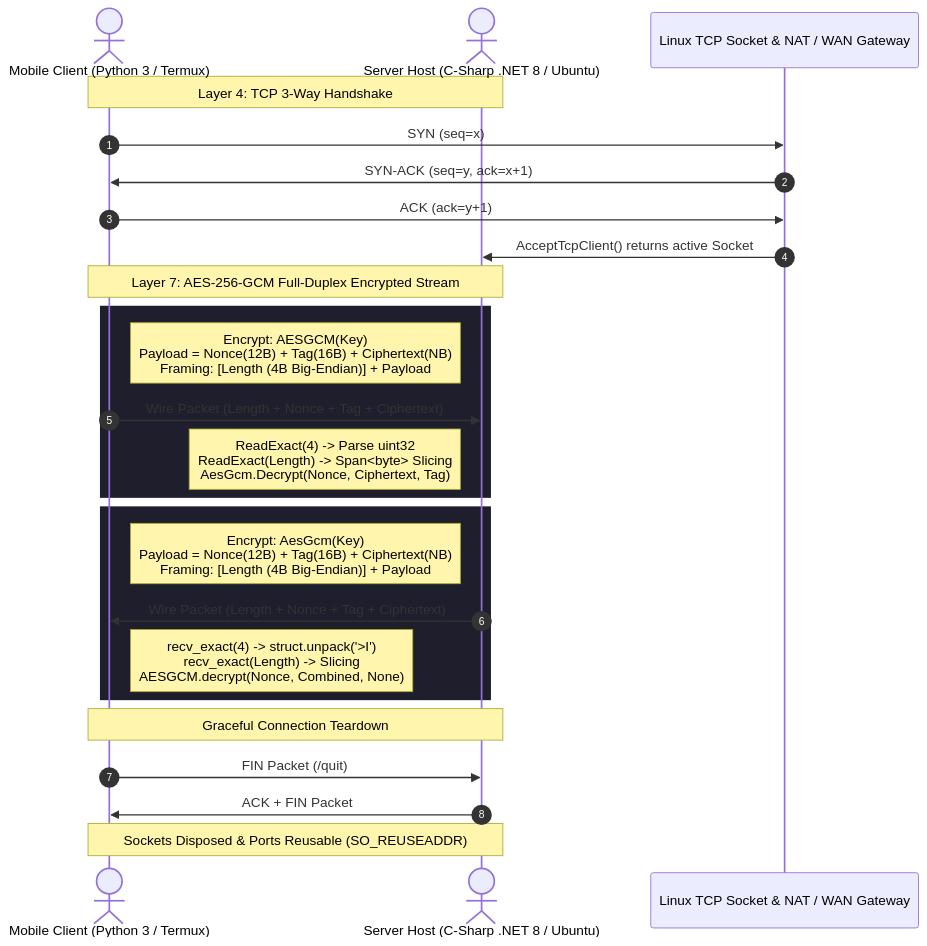
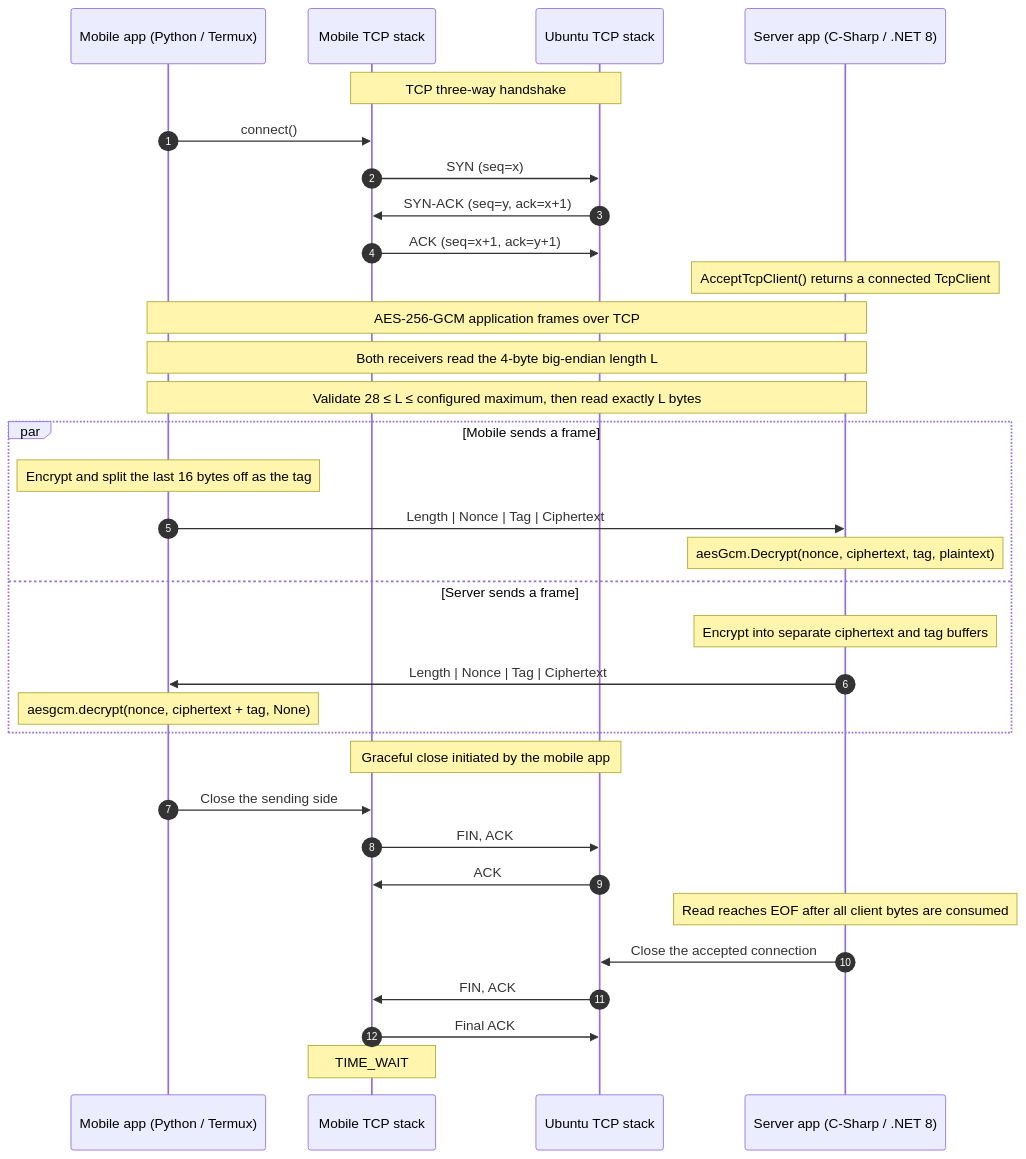
The diagram in README.md (khodor-harakeh/encrypted-chat), drawn with Mermaid before and after one commit.

Commit message:
Update sequence diagram for TCP and AES-256-GCM

````diff
--- a/README.md
+++ b/README.md
@@ -58,31 +58,39 @@
 ```mermaid
 sequenceDiagram
     autonumber
-    actor MobileUser as Mobile Client (Python 3 / Termux)
-    actor ServerAdmin as Server Host (C-Sharp .NET 8 / Ubuntu)
-    participant Kernel as Linux TCP Socket & NAT / WAN Gateway
+    participant M as Mobile app (Python / Termux)
+    participant C as Mobile TCP stack
+    participant T as Ubuntu TCP stack
+    participant S as Server app (C-Sharp / .NET 8)
 
-    Note over MobileUser, ServerAdmin: Layer 4: TCP 3-Way Handshake
-    MobileUser->>Kernel: SYN (seq=x)
-    Kernel->>MobileUser: SYN-ACK (seq=y, ack=x+1)
-    MobileUser->>Kernel: ACK (ack=y+1)
-    Kernel->>ServerAdmin: AcceptTcpClient() returns active Socket
+    Note over C,T: TCP three-way handshake
+    M->>C: connect()
+    C->>T: SYN (seq=x)
+    T->>C: SYN-ACK (seq=y, ack=x+1)
+    C->>T: ACK (seq=x+1, ack=y+1)
+    Note over S: AcceptTcpClient() returns a connected TcpClient
 
-    Note over MobileUser, ServerAdmin: Layer 7: AES-256-GCM Full-Duplex Encrypted Stream
-    rect rgb(30, 30, 45)
-        Note right of MobileUser: Encrypt: AESGCM(Key)<br/>Payload = Nonce(12B) + Tag(16B) + Ciphertext(NB)<br/>Framing: [Length (4B Big-Endian)] + Payload
-        MobileUser->>ServerAdmin: Wire Packet (Length + Nonce + Tag + Ciphertext)
-        Note left of ServerAdmin: ReadExact(4) -> Parse uint32<br/>ReadExact(Length) -> Span<byte> Slicing<br/>AesGcm.Decrypt(Nonce, Ciphertext, Tag)
+    Note over M,S: AES-256-GCM application frames over TCP
+    Note over M,S: Both receivers read the 4-byte big-endian length L
+    Note over M,S: Validate 28 ≤ L ≤ configured maximum, then read exactly L bytes
+
+    par Mobile sends a frame
+        Note over M: Encrypt and split the last 16 bytes off as the tag
+        M->>S: Length | Nonce | Tag | Ciphertext
+        Note over S: aesGcm.Decrypt(nonce, ciphertext, tag, plaintext)
+    and Server sends a frame
+        Note over S: Encrypt into separate ciphertext and tag buffers
+        S->>M: Length | Nonce | Tag | Ciphertext
+        Note over M: aesgcm.decrypt(nonce, ciphertext + tag, None)
     end
 
-    rect rgb(30, 30, 45)
-        Note left of ServerAdmin: Encrypt: AesGcm(Key)<br/>Payload = Nonce(12B) + Tag(16B) + Ciphertext(NB)<br/>Framing: [Length (4B Big-Endian)] + Payload
-        ServerAdmin->>MobileUser: Wire Packet (Length + Nonce + Tag + Ciphertext)
-        Note right of MobileUser: recv_exact(4) -> struct.unpack('>I')<br/>recv_exact(Length) -> Slicing<br/>AESGCM.decrypt(Nonce, Combined, None)
-    end
-
-    Note over MobileUser, ServerAdmin: Graceful Connection Teardown
-    MobileUser->>ServerAdmin: FIN Packet (/quit)
-    ServerAdmin->>MobileUser: ACK + FIN Packet
-    Note over MobileUser, ServerAdmin: Sockets Disposed & Ports Reusable (SO_REUSEADDR)
+    Note over C,T: Graceful close initiated by the mobile app
+    M->>C: Close the sending side
+    C->>T: FIN, ACK
+    T->>C: ACK
+    Note over S: Read reaches EOF after all client bytes are consumed
+    S->>T: Close the accepted connection
+    T->>C: FIN, ACK
+    C->>T: Final ACK
+    Note over C: TIME_WAIT
 ```
````
